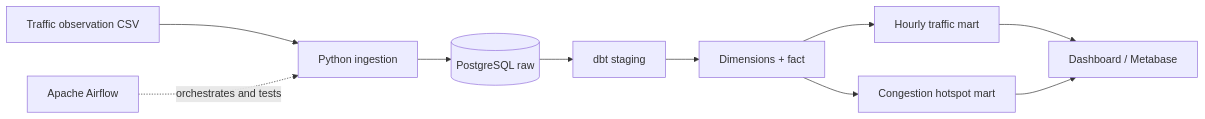
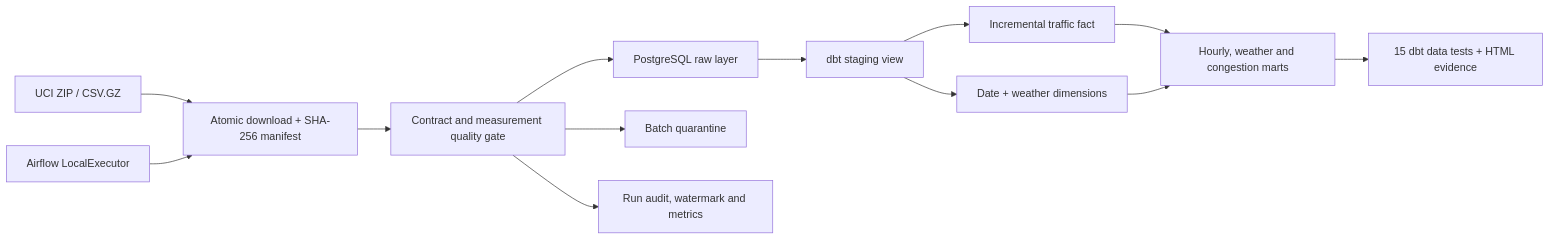
One commit to npgb2505/traffic-data-warehouse-local changed the diagram in README.md. Above: the diagram before and after it, drawn with Mermaid. The commit also changed other lines of this file and 34 other files, not shown here.

Commit message:
feat: build full UCI traffic warehouse

````diff
--- a/README.md
+++ b/README.md
@@ -13,12 +25,15 @@
 ```mermaid
 flowchart LR
-    A[Traffic observation CSV] --> B[Python ingestion]
-    B --> C[(PostgreSQL raw)]
-    C --> D[dbt staging]
-    D --> E[Dimensions + fact]
-    E --> F[Hourly traffic mart]
-    E --> G[Congestion hotspot mart]
-    F --> H[Dashboard / Metabase]
-    G --> H
-    I[Apache Airflow] -. orchestrates and tests .-> B
+    A["UCI ZIP / CSV.GZ"] --> B["Atomic download + SHA-256 manifest"]
+    B --> C["Contract and measurement quality gate"]
+    C --> R["PostgreSQL raw layer"]
+    C --> Q["Batch quarantine"]
+    R --> S["dbt staging view"]
+    S --> F["Incremental traffic fact"]
+    S --> D["Date + weather dimensions"]
+    F --> M["Hourly, weather and congestion marts"]
+    D --> M
+    M --> T["15 dbt data tests + HTML evidence"]
+    C --> O["Run audit, watermark and metrics"]
+    AF["Airflow LocalExecutor"] --> B
 ```
````
